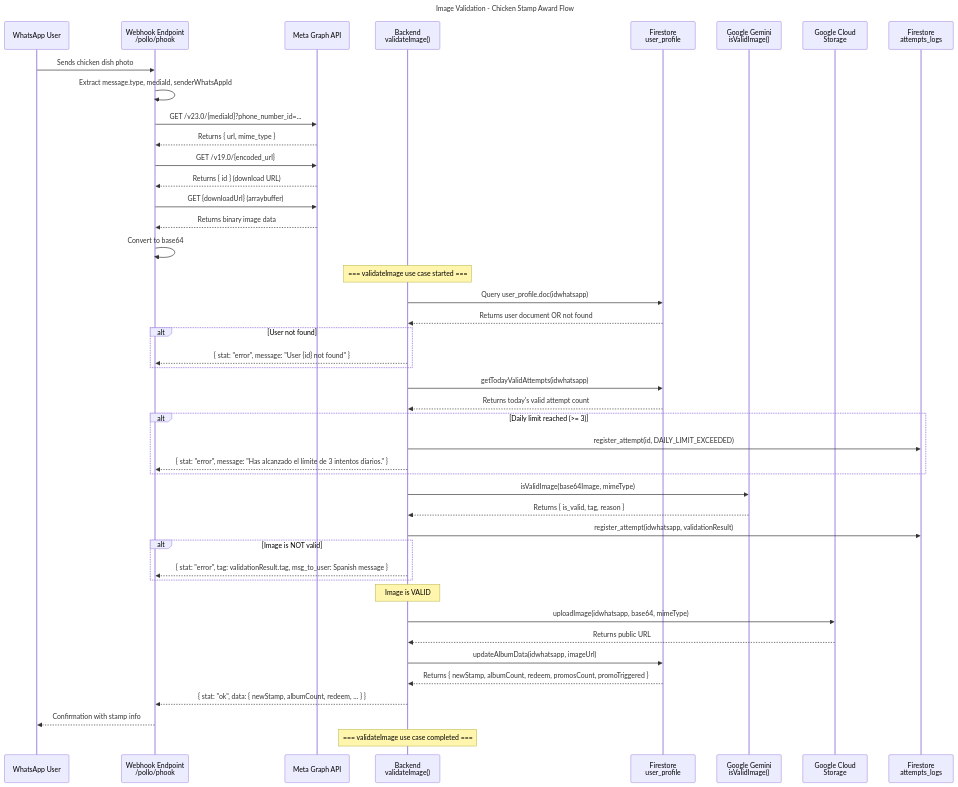
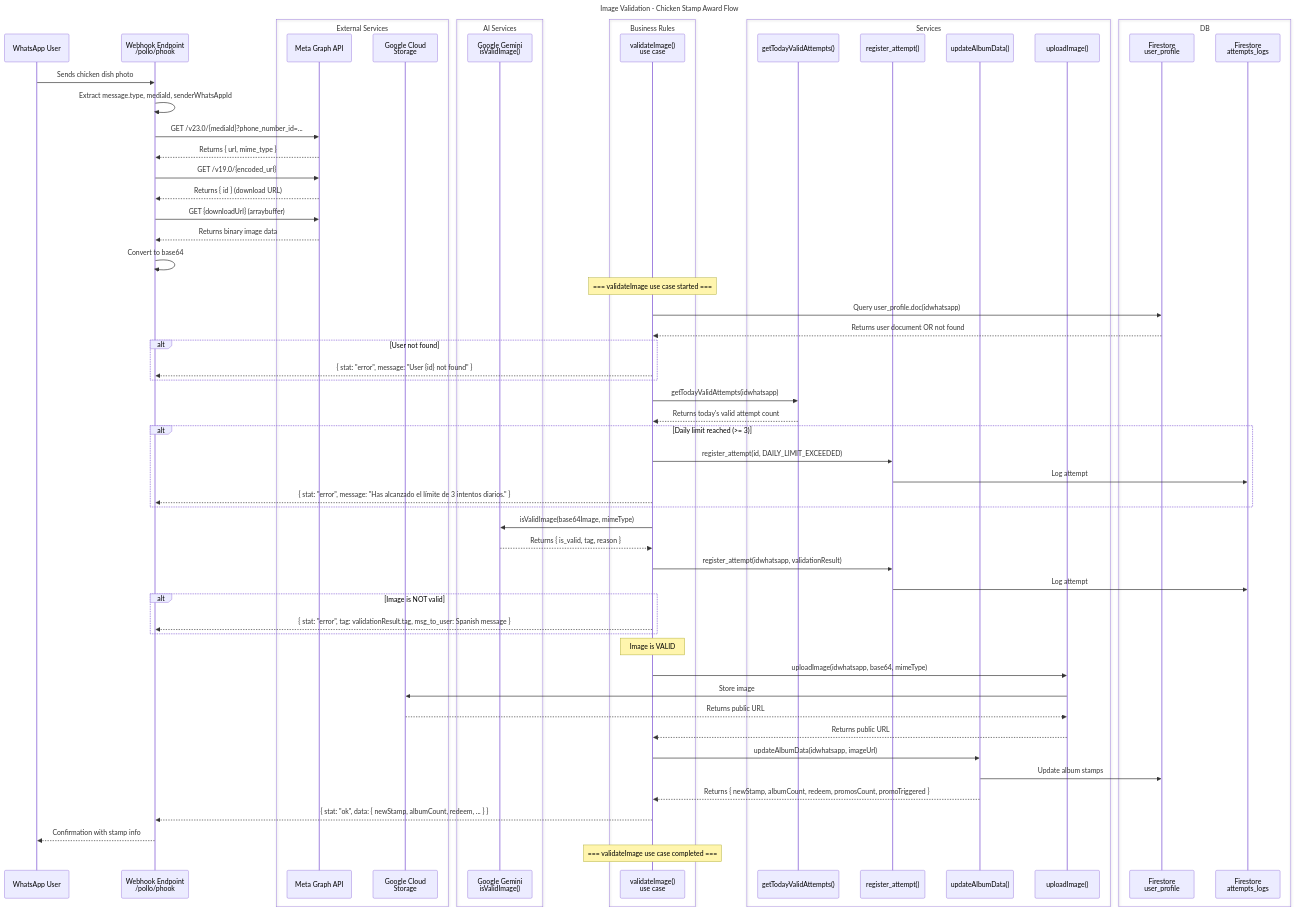
The first of 2 diagrams in DOCS/diagrams/image-validation-sequence.md (salvadorsanchezvmas/PasionpTodos), drawn with Mermaid before and after one commit. The commit also changed other lines of this file and 1 other file, not shown here.

Commit message:
update diagrmas

```diff
--- a/DOCS/diagrams/image-validation-sequence.md
+++ b/DOCS/diagrams/image-validation-sequence.md
@@ -6,12 +6,31 @@
 
     participant WA as WhatsApp User
     participant WH as Webhook Endpoint<br/>/pollo/phook
+
+    box External Services
     participant MG as Meta Graph API
-    participant BD as Backend<br/>validateImage()
-    participant FS as Firestore<br/>user_profile
+    participant GCS as Google Cloud<br/>Storage
+    end
+
+    box AI Services
     participant AI as Google Gemini<br/>isValidImage()
-    participant GCS as Google Cloud<br/>Storage
-    participant AL as Firestore<br/>attempts_logs
+    end
+
+    box Business Rules
+    participant BD as validateImage()<br/>use case
+    end
+
+    box Services
+    participant Today as getTodayValidAttempts()
+    participant Reg as register_attempt()
+    participant Album as updateAlbumData()
+    participant Upload as uploadImage()
+    end
+
+    box DB
+    participant FS_UP as Firestore<br/>user_profile
+    participant FS_AL as Firestore<br/>attempts_logs
+    end
 
     %% 1. Webhook Reception
     WA->>WH: Sends chicken dish photo
@@ -30,18 +49,19 @@
     Note over BD: === validateImage use case started ===
 
     %% Step 1: Verify user exists
-    BD->>FS: Query user_profile.doc(idwhatsapp)
-    FS-->>BD: Returns user document OR not found
+    BD->>FS_UP: Query user_profile.doc(idwhatsapp)
+    FS_UP-->>BD: Returns user document OR not found
     alt User not found
         BD-->>WH: { stat: "error", message: "User {id} not found" }
     end
 
     %% Step 2: Check daily valid attempt limit
-    BD->>FS: getTodayValidAttempts(idwhatsapp)
-    FS-->>BD: Returns today's valid attempt count
+    BD->>Today: getTodayValidAttempts(idwhatsapp)
+    Today-->>BD: Returns today's valid attempt count
 
     alt Daily limit reached (>= 3)
-        BD->>AL: register_attempt(id, DAILY_LIMIT_EXCEEDED)
+        BD->>Reg: register_attempt(id, DAILY_LIMIT_EXCEEDED)
+        Reg->>FS_AL: Log attempt
         BD-->>WH: { stat: "error", message: "Has alcanzado el límite de 3 intentos diarios." }
     end
 
@@ -50,7 +70,8 @@
     AI-->>BD: Returns { is_valid, tag, reason }
 
     %% Step 4: Register validation attempt
-    BD->>AL: register_attempt(idwhatsapp, validationResult)
+    BD->>Reg: register_attempt(idwhatsapp, validationResult)
+    Reg->>FS_AL: Log attempt
 
     %% Step 5: Handle invalid image
     alt Image is NOT valid
@@ -59,12 +80,15 @@
 
     %% Step 6: Upload image to GCS
     Note over BD: Image is VALID
-    BD->>GCS: uploadImage(idwhatsapp, base64, mimeType)
-    GCS-->>BD: Returns public URL
+    BD->>Upload: uploadImage(idwhatsapp, base64, mimeType)
+    Upload->>GCS: Store image
+    GCS-->>Upload: Returns public URL
+    Upload-->>BD: Returns public URL
 
     %% Step 7: Update album with new stamp
-    BD->>FS: updateAlbumData(idwhatsapp, imageUrl)
-    FS-->>BD: Returns { newStamp, albumCount, redeem, promosCount, promoTriggered }
+    BD->>Album: updateAlbumData(idwhatsapp, imageUrl)
+    Album->>FS_UP: Update album stamps
+    Album-->>BD: Returns { newStamp, albumCount, redeem, promosCount, promoTriggered }
 
     %% Final response
     BD-->>WH: { stat: "ok", data: { newStamp, albumCount, redeem, ... } }
```
